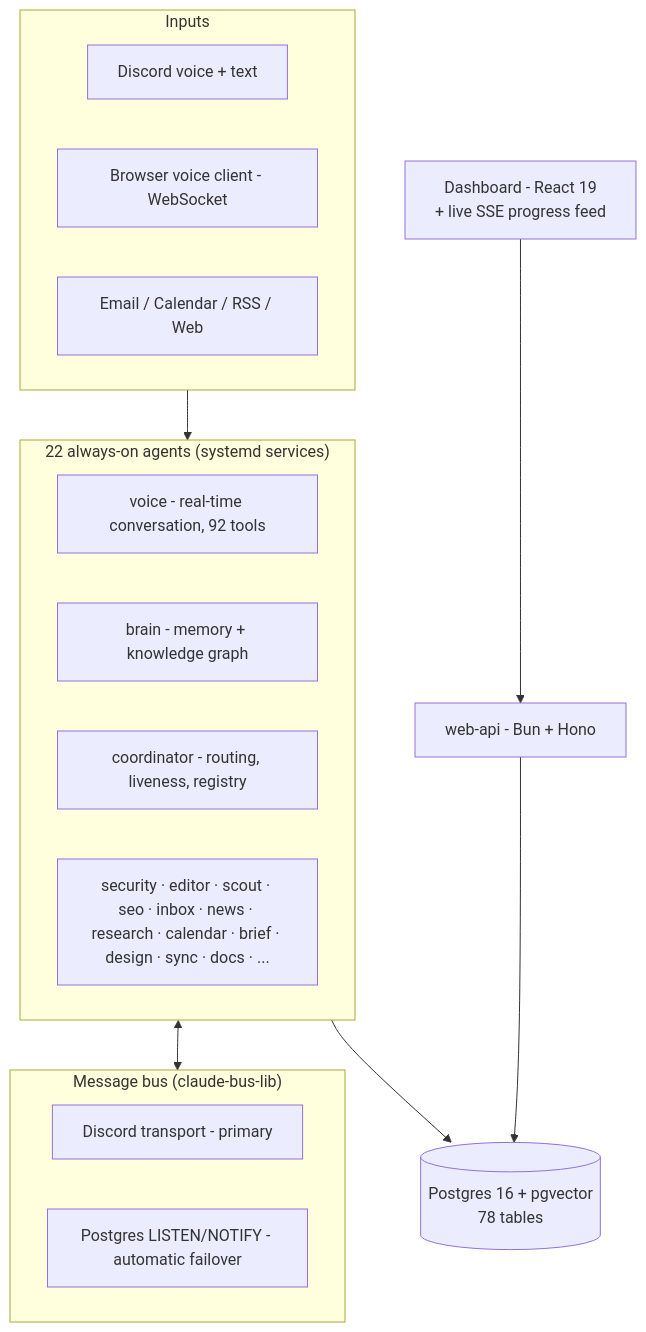
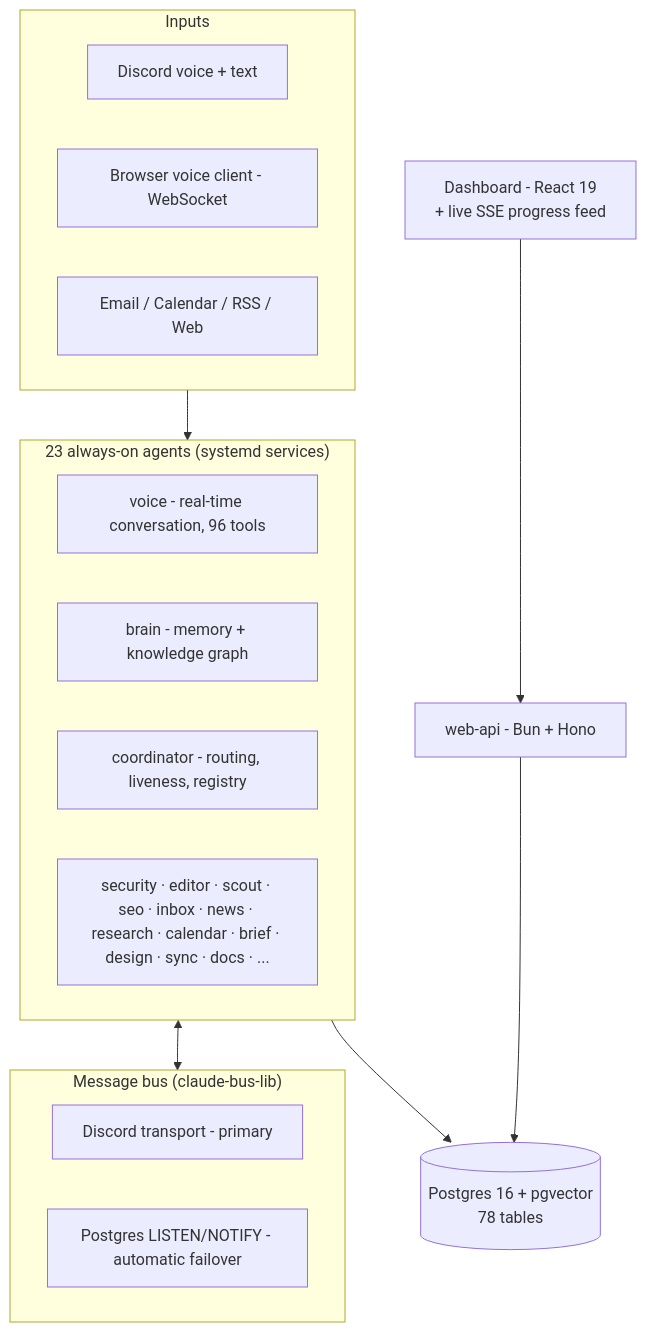
One commit to StovBuilds/jarvis-architecture changed the first of 4 diagrams in README.md. Above: the diagram before and after it, drawn with Mermaid. The commit also changed other lines of this file, not shown here.

First line of the commit message:
Numbers re-verified 2026-10-02: 30+ agents (23 always-on), 96 voice tools, ~37.5k agent-to-agent msgs/day, 3,234/3,939 graph, 66 repos green

````diff
--- a/README.md
+++ b/README.md
@@ -32,31 +33,31 @@
 ```mermaid
 flowchart TB
     subgraph Inputs
         D[Discord voice + text]
         W[Browser voice client - WebSocket]
         E[Email / Calendar / RSS / Web]
     end
 
     subgraph Bus["Message bus (claude-bus-lib)"]
         direction LR
         B1[Discord transport - primary]
         B2[Postgres LISTEN/NOTIFY - automatic failover]
     end
 
-    subgraph Agents["22 always-on agents (systemd services)"]
-        V[voice - real-time conversation, 92 tools]
+    subgraph Agents["23 always-on agents (systemd services)"]
+        V[voice - real-time conversation, 96 tools]
         BR[brain - memory + knowledge graph]
         CO[coordinator - routing, liveness, registry]
         OPS[security · editor · scout · seo · inbox · news · research · calendar · brief · design · sync · docs · ...]
     end
 
     PG[(Postgres 16 + pgvector<br/>78 tables)]
     API[web-api - Bun + Hono]
     UI[Dashboard - React 19<br/>+ live SSE progress feed]
 
     Inputs --> Agents
     Agents <--> Bus
     Agents --> PG
     API --> PG
     UI --> API
 ```
````
